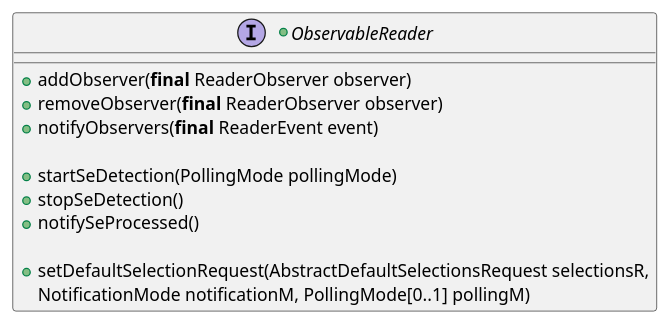
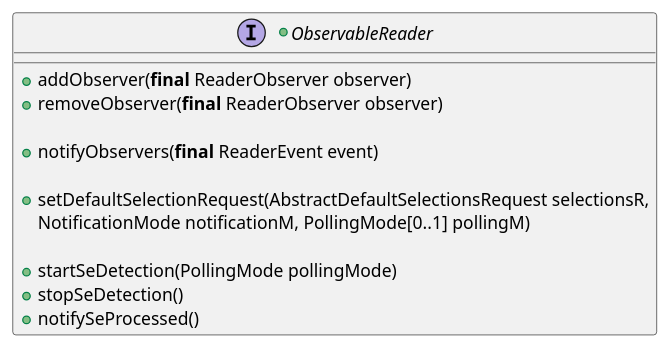
Diagram 29 of 49 in src/KeypleCoreApi/ApplicationApi/puml/KeypleCore-ApplicationApi-ClassDiag-SE_Proxy-ClassElements.iuml (calypsonet/keyple), drawn with PlantUML before and after one commit. The commit also changed other lines of this file and 44 other files, not shown here.

```diff
--- a/src/KeypleCoreApi/ApplicationApi/puml/KeypleCore-ApplicationApi-ClassDiag-SE_Proxy-ClassElements.iuml
+++ b/src/KeypleCoreApi/ApplicationApi/puml/KeypleCore-ApplicationApi-ClassDiag-SE_Proxy-ClassElements.iuml
@@ -324,14 +322,15 @@
 @startuml(id=SEPROXY_OBSERVABLEREADER_0_8_1)
 +interface ObservableReader {
   +addObserver(<b>final</b> ReaderObserver observer)
   +removeObserver(<b>final</b> ReaderObserver observer)
+
   +notifyObservers(<b>final</b> ReaderEvent event)
+
+  +setDefaultSelectionRequest(AbstractDefaultSelectionsRequest selectionsR,
+    NotificationMode notificationM, PollingMode[0..1] pollingM)
 
   +startSeDetection(PollingMode pollingMode)
   +stopSeDetection()
   +notifySeProcessed()
-
-  +setDefaultSelectionRequest(AbstractDefaultSelectionsRequest selectionsR,
-    NotificationMode notificationM, PollingMode[0..1] pollingM)
 }
 @enduml
```
